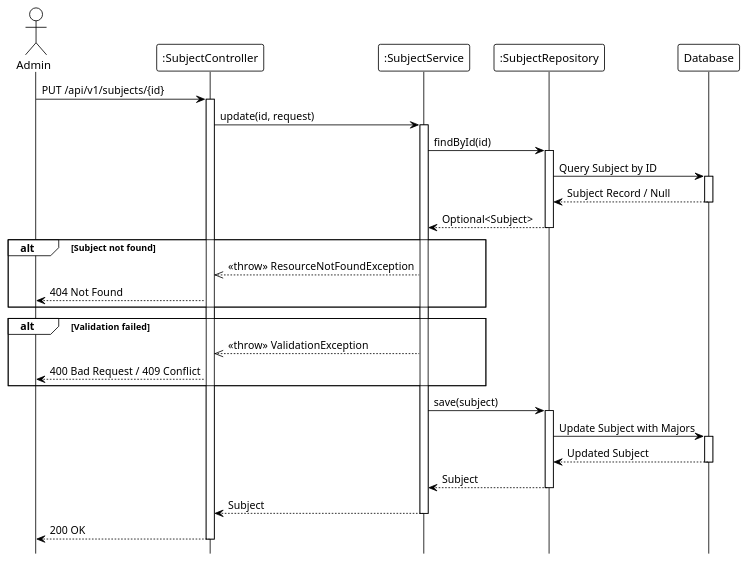
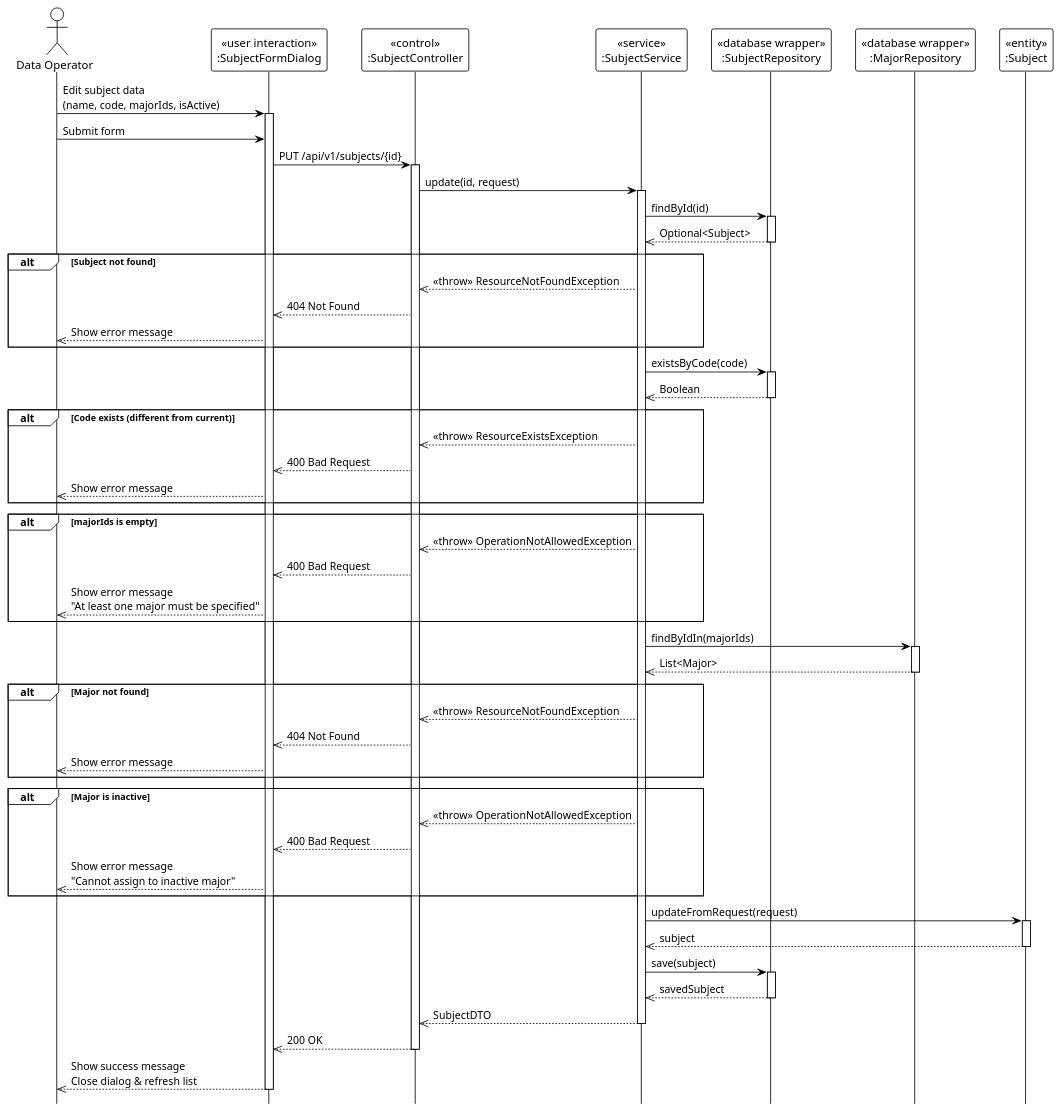
Before and after one commit to Ndh474/context: the diagram in system_detailed_design/20_update_subject/sequence_diagram_update_subject.puml, drawn with PlantUML. The commit also changed 5 other files, not shown here.

Commit message:
docs(system_detailed_design): add UML stereotypes to subject sequence diagrams

```diff
--- a/system_detailed_design/20_update_subject/sequence_diagram_update_subject.puml
+++ b/system_detailed_design/20_update_subject/sequence_diagram_update_subject.puml
@@ -1,59 +1,95 @@
 @startuml update_subject
 !theme plain
 hide footbox
 
-actor Admin
-participant ":SubjectController" as Controller
-participant ":SubjectService" as Service
-participant ":SubjectRepository" as Repository
-participant "Database" as DB
+actor "Data Operator" as DataOperator
 
-' --- MAIN FLOW ---
-Admin -> Controller: PUT /api/v1/subjects/{id}
+participant "«user interaction»\n:SubjectFormDialog" as UI
+participant "«control»\n:SubjectController" as Controller
+participant "«service»\n:SubjectService" as Service
+participant "«database wrapper»\n:SubjectRepository" as Repository
+participant "«database wrapper»\n:MajorRepository" as MajorRepository
+participant "«entity»\n:Subject" as Entity
+
+' === MAIN FLOW ===
+DataOperator -> UI: Edit subject data\n(name, code, majorIds, isActive)
+activate UI
+
+DataOperator -> UI: Submit form
+UI -> Controller: PUT /api/v1/subjects/{id}
 activate Controller
 
 Controller -> Service: update(id, request)
 activate Service
 
-' --- FIND EXISTING ---
+' === FIND EXISTING ===
 Service -> Repository: findById(id)
 activate Repository
-
-Repository -> DB: Query Subject by ID
-activate DB
-DB --> Repository: Subject Record / Null
-deactivate DB
-
-Repository --> Service: Optional<Subject>
+Repository -->> Service: Optional<Subject>
 deactivate Repository
 
 alt Subject not found
     Service -->> Controller: <<throw>> ResourceNotFoundException
-    Controller --> Admin: 404 Not Found
+    Controller -->> UI: 404 Not Found
+    UI -->> DataOperator: Show error message
 end
 
-' Validation logic (internal: code/name uniqueness, major validation)
+' === VALIDATION: CODE UNIQUE ===
+Service -> Repository: existsByCode(code)
+activate Repository
+Repository -->> Service: Boolean
+deactivate Repository
 
-alt Validation failed
-    Service -->> Controller: <<throw>> ValidationException
-    Controller --> Admin: 400 Bad Request / 409 Conflict
+alt Code exists (different from current)
+    Service -->> Controller: <<throw>> ResourceExistsException
+    Controller -->> UI: 400 Bad Request
+    UI -->> DataOperator: Show error message
 end
 
+' === VALIDATION: MAJOR IDS ===
+alt majorIds is empty
+    Service -->> Controller: <<throw>> OperationNotAllowedException
+    Controller -->> UI: 400 Bad Request
+    UI -->> DataOperator: Show error message\n"At least one major must be specified"
+end
+
+' === LOOKUP MAJORS ===
+Service -> MajorRepository: findByIdIn(majorIds)
+activate MajorRepository
+MajorRepository -->> Service: List<Major>
+deactivate MajorRepository
+
+alt Major not found
+    Service -->> Controller: <<throw>> ResourceNotFoundException
+    Controller -->> UI: 404 Not Found
+    UI -->> DataOperator: Show error message
+end
+
+alt Major is inactive
+    Service -->> Controller: <<throw>> OperationNotAllowedException
+    Controller -->> UI: 400 Bad Request
+    UI -->> DataOperator: Show error message\n"Cannot assign to inactive major"
+end
+
+' === UPDATE ENTITY ===
+Service -> Entity: updateFromRequest(request)
+activate Entity
+Entity -->> Service: subject
+deactivate Entity
+
+' === SAVE ===
 Service -> Repository: save(subject)
 activate Repository
-
-Repository -> DB: Update Subject with Majors
-activate DB
-DB --> Repository: Updated Subject
-deactivate DB
-
-Repository --> Service: Subject
+Repository -->> Service: savedSubject
 deactivate Repository
 
-Service --> Controller: Subject
+Service -->> Controller: SubjectDTO
 deactivate Service
 
-Controller --> Admin: 200 OK
+Controller -->> UI: 200 OK
 deactivate Controller
 
+UI -->> DataOperator: Show success message\nClose dialog & refresh list
+deactivate UI
+
 @enduml
```
